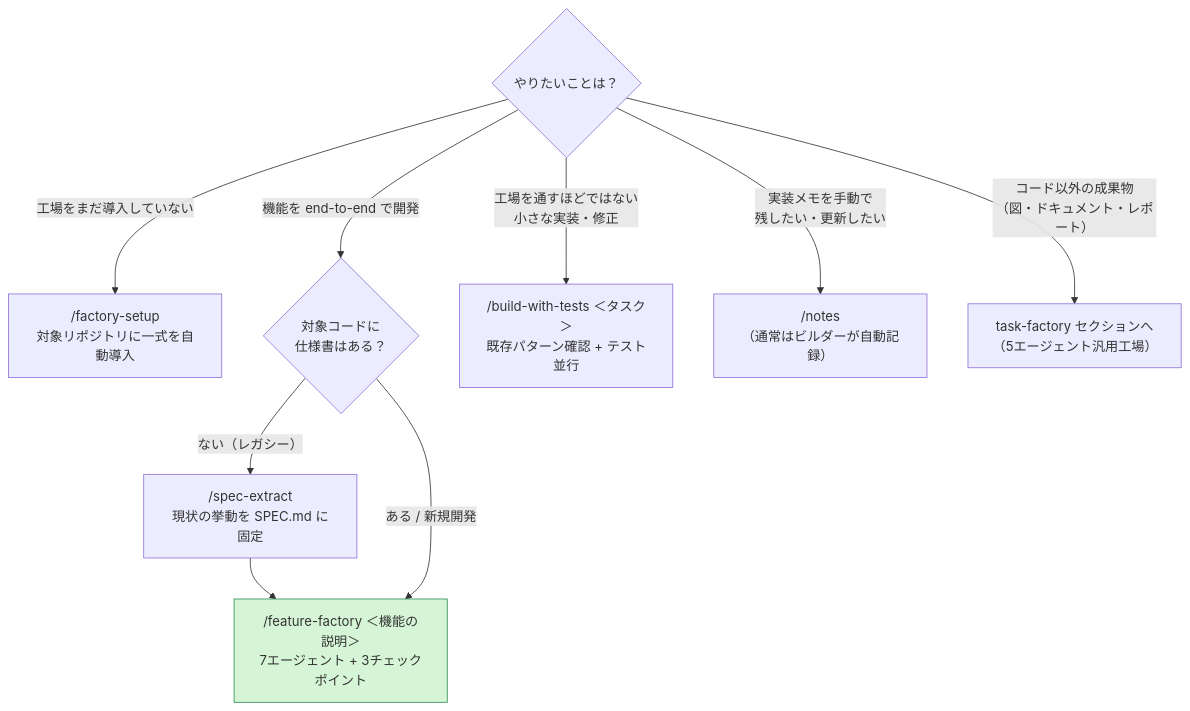
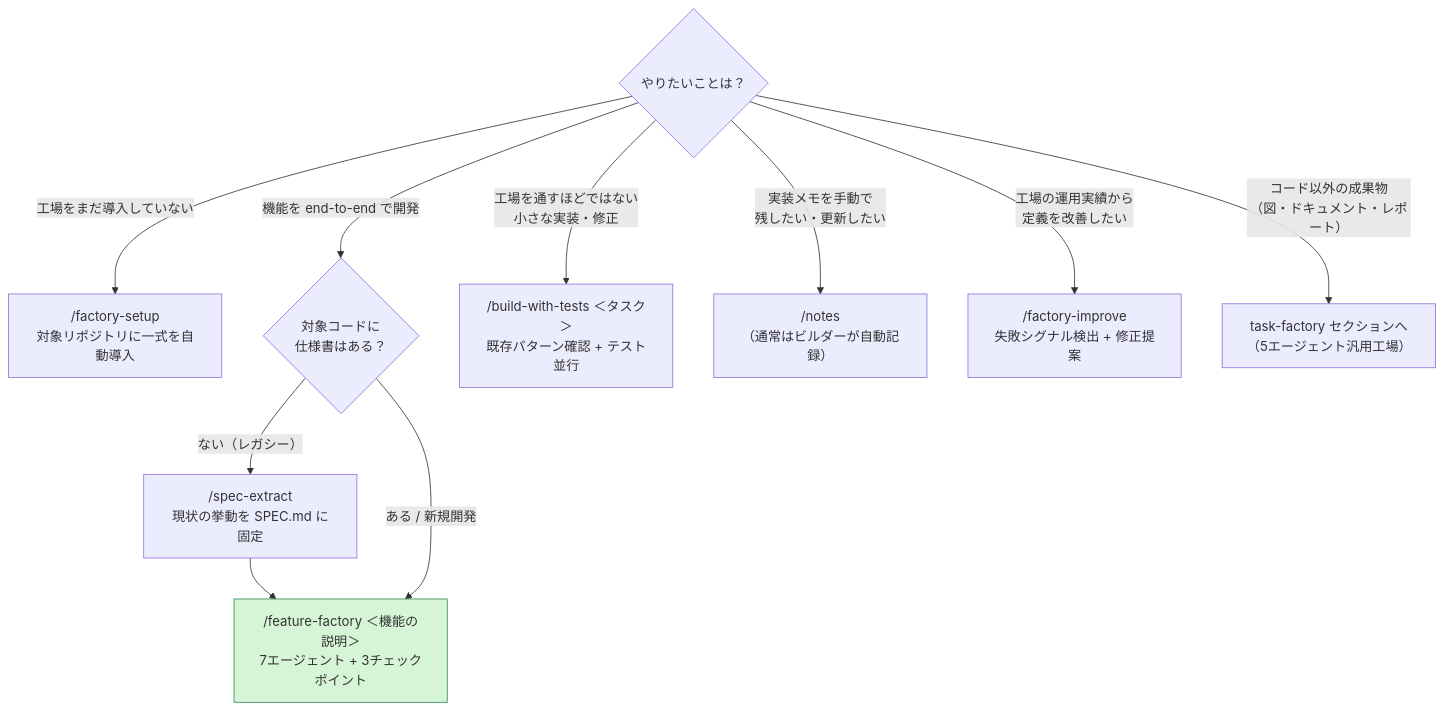
Before and after one commit to mrkxlia/claude-code-workbench-ja: the fourth of 4 diagrams in software-factory/README.md, drawn with Mermaid. The commit also changed other lines of this file and 7 other files, not shown here.

First line of the commit message:
プラグイン化 + クイックスタート + 自己改善ループ /factory-improve を追加

````diff
--- a/software-factory/README.md
+++ b/software-factory/README.md
@@ -147,13 +147,14 @@
 ```mermaid
 flowchart TD
     q0{"やりたいことは？"}
     q0 -->|"工場をまだ導入していない"| setup["/factory-setup<br/>対象リポジトリに一式を自動導入"]
     q0 -->|"機能を end-to-end で開発"| q1{"対象コードに<br/>仕様書はある？"}
     q1 -->|"ない（レガシー）"| se["/spec-extract<br/>現状の挙動を SPEC.md に固定"]
     se --> ff["/feature-factory ＜機能の説明＞<br/>7エージェント + 3チェックポイント"]
     q1 -->|"ある / 新規開発"| ff
     q0 -->|"工場を通すほどではない<br/>小さな実装・修正"| bwt["/build-with-tests ＜タスク＞<br/>既存パターン確認 + テスト並行"]
     q0 -->|"実装メモを手動で<br/>残したい・更新したい"| nt["/notes<br/>（通常はビルダーが自動記録）"]
+    q0 -->|"工場の運用実績から<br/>定義を改善したい"| fi["/factory-improve<br/>失敗シグナル検出 + 修正提案"]
     q0 -->|"コード以外の成果物<br/>（図・ドキュメント・レポート）"| tf["task-factory セクションへ<br/>（5エージェント汎用工場）"]
     style ff fill:#d6f5d6,stroke:#2e8b57
 ```
````
